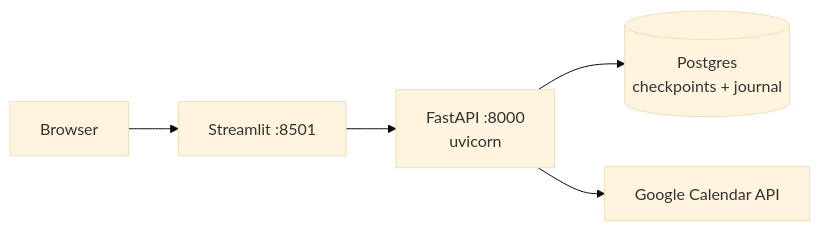
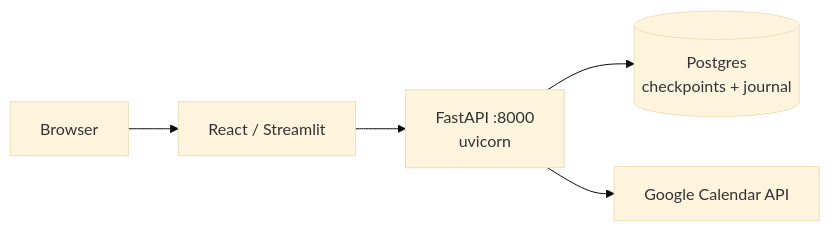
The fifth of 5 diagrams in docs/ARCHITECTURE.md (Srishanth0902/Task-Pilot), drawn with Mermaid (base theme) before and after one commit. The commit also changed other lines of this file and 4 other files, not shown here.

````diff
--- a/docs/ARCHITECTURE.md
+++ b/docs/ARCHITECTURE.md
@@ -939,7 +953,7 @@
 ```mermaid
 flowchart LR
-    B["Browser"] --> S["Streamlit :8501"]
+    B["Browser"] --> S["React / Streamlit"]
     S --> F["FastAPI :8000<br/>uvicorn"]
     F --> DB[("Postgres<br/>checkpoints + journal")]
     F --> G["Google Calendar API"]
 ```
````
